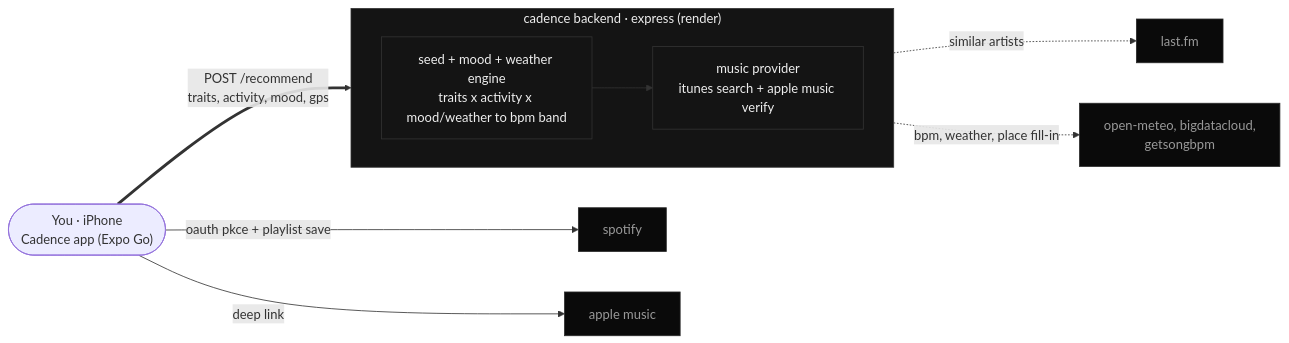
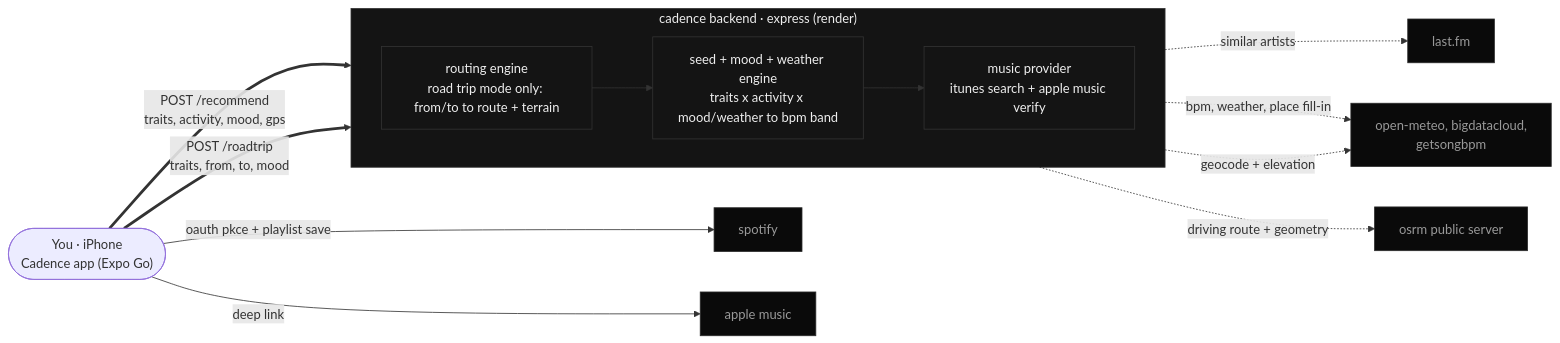
One commit to SrijanChauhan/cadence changed the first of 2 diagrams in README.md. Above: the diagram before and after it, drawn with Mermaid. The commit also changed other lines of this file, not shown here.

Commit message:
Bring both README diagrams up to date with Road Trip mode
The prose sections already covered it from the last commit, but both
Mermaid diagrams predated Road Trip entirely. Architecture diagram now
shows the routing engine and its OSRM/geocoding calls; the How it
works flowchart shows Road Trip as its own parallel entry path (real
route + terrain instead of an activity pick) that still combines with
mood/weather and converges into the same discovery/re-ranking pipeline
everything else uses.

````diff
--- a/README.md
+++ b/README.md
@@ -54,24 +54,29 @@
 ```mermaid
 flowchart LR
   you(["You · iPhone<br/>Cadence app (Expo Go)"])
 
   subgraph backend["cadence backend · express (render)"]
     direction LR
     core["seed + mood + weather engine<br/>traits x activity x mood/weather to bpm band"]
     music["music provider<br/>itunes search + apple music verify"]
+    routing["routing engine<br/>road trip mode only: from/to to route + terrain"]
     core --> music
+    routing --> core
   end
 
   you == "POST /recommend<br/>traits, activity, mood, gps" ==> core
+  you == "POST /roadtrip<br/>traits, from, to, mood" ==> routing
 
   music -. "similar artists" .-> lastfm["last.fm"]
   music -. "bpm, weather, place fill-in" .-> free["open-meteo, bigdatacloud,<br/>getsongbpm"]
+  routing -. "geocode + elevation" .-> free
+  routing -. "driving route + geometry" .-> osrm["osrm public server"]
 
   you -- "oauth pkce + playlist save" --> spotify["spotify"]
   you -- "deep link" --> apple["apple music"]
 
   classDef box fill:#141414,stroke:#333,color:#eee;
   classDef ext fill:#0a0a0a,stroke:#2a2a2a,color:#999;
-  class core,music,backend box;
-  class lastfm,free,spotify,apple ext;
+  class core,music,routing,backend box;
+  class lastfm,free,osrm,spotify,apple ext;
 ```
````
